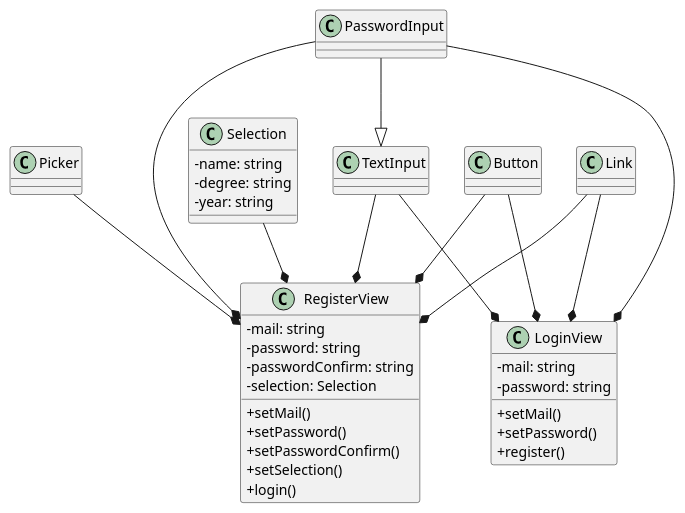
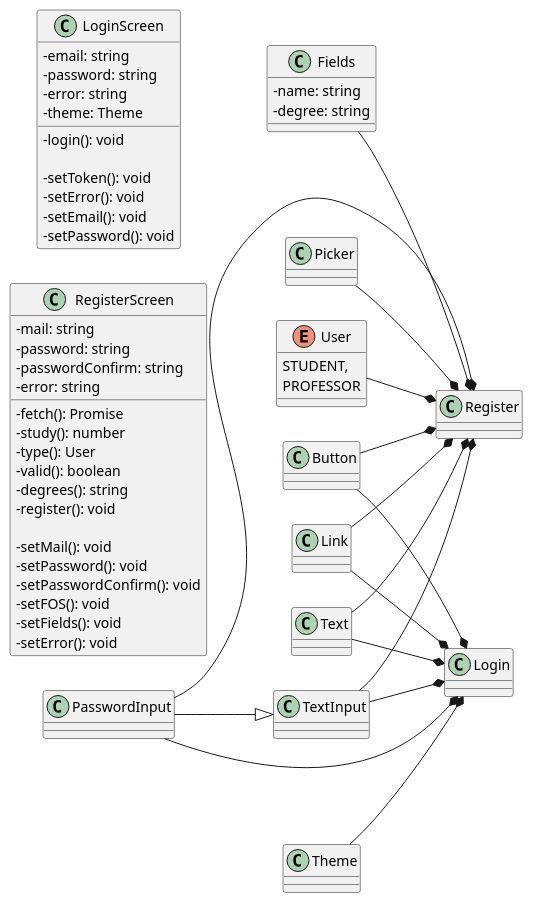
Before and after one commit to Singh-Kiran-P/StuNet: the diagram in Diagrams/Class_Diagrams/Frontend_Diagrams/Auth.puml, drawn with PlantUML. The commit also changed 3 other files, not shown here.

Commit message:
Updated frontend class diagrams

```diff
--- a/Diagrams/Class_Diagrams/Frontend_Diagrams/Auth.puml
+++ b/Diagrams/Class_Diagrams/Frontend_Diagrams/Auth.puml
@@ -1,49 +1,76 @@
 @startuml Auth
 skinparam classAttributeIconSize 0
+left to right direction
 
-class Selection {
+class Fields {
 	-name: string
 	-degree: string
-	-year: string
 }
 
-class Picker {}
-class Button {}
-class TextInput {}
-class PasswordInput {}
-class Link {}
+class Picker
+class Button
+class TextInput
+class PasswordInput
+class Link
+class Text 
+enum User {
+	STUDENT,
+	PROFESSOR
+}
 
-class RegisterView {
+class RegisterScreen {
 	-mail: string
 	-password: string
 	-passwordConfirm: string
-	-selection: Selection
-	+setMail()
-	+setPassword()
-	+setPasswordConfirm()
-	+setSelection()
-	+login()
+	-error: string
+
+	-fetch(): Promise
+	-study(): number
+	-type(): User
+	-valid(): boolean
+	-degrees(): string
+	-register(): void
+
+	-setMail(): void
+	-setPassword(): void
+	-setPasswordConfirm(): void
+	-setFOS(): void
+	-setFields(): void
+	-setError(): void
 }
 
+class Theme
+class LoginScreen {
+	-email: string
+	-password: string
+	-error: string
+	-theme: Theme
 
-class LoginView {
-	-mail: string
-	-password: string
-	+setMail()
-	+setPassword()
-	+register()
+	-login(): void
+	
+	-setToken(): void
+	-setError(): void
+	-setEmail(): void
+	-setPassword(): void
 }
 
-TextInput --* LoginView
-Button --* LoginView
-Link --* LoginView
-PasswordInput --* LoginView
+Text --* Login
+Text --* Register
+
+Theme --* Login
+
+User --* Register
+
+TextInput --* Login
+Button --* Login
+Link --* Login
+PasswordInput --* Login
 PasswordInput --|> TextInput
 
-TextInput --* RegisterView
-PasswordInput --* RegisterView
-Link --* RegisterView
-Button --* RegisterView
-Selection --* RegisterView
-Picker --* RegisterView
+TextInput --* Register
+PasswordInput --* Register
+Link --* Register
+Button --* Register
+Fields --* Register
+Picker --* Register
 @enduml
```
